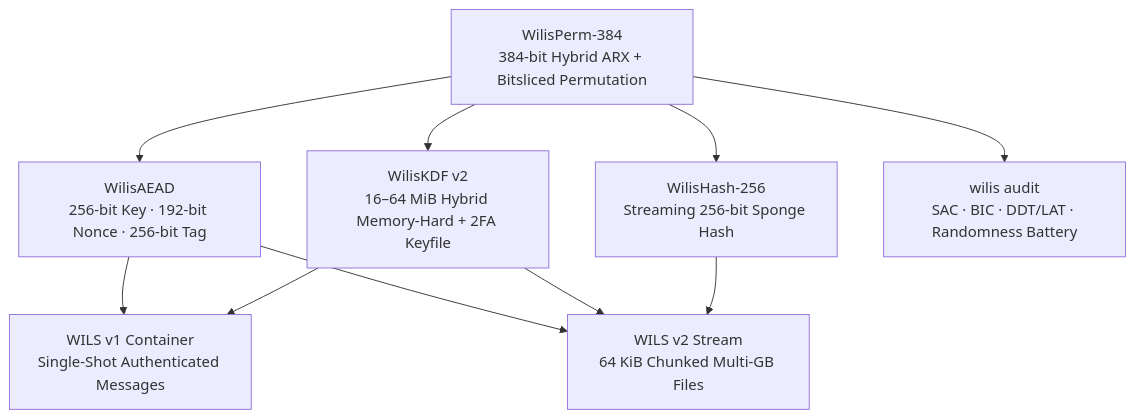
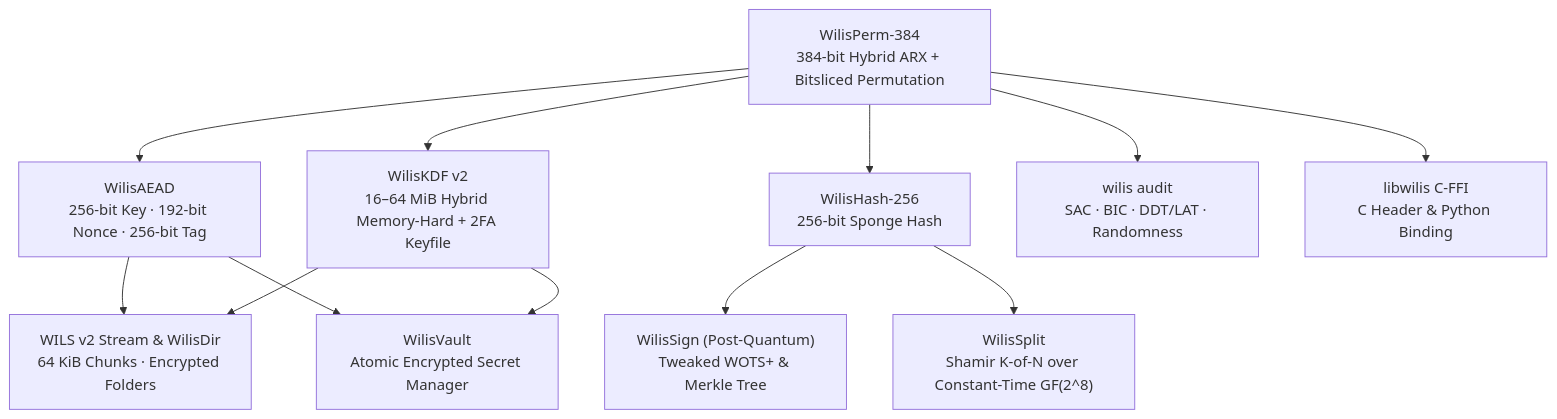
The diagram in README.md (wiersect/wilis), drawn with Mermaid before and after one commit. The commit also changed other lines of this file and 35 other files, not shown here.

Commit message:
Wilis v0.3.0: post-quantum signatures, Shamir secret sharing, encrypted dirs/vault, C/Python FFI & Windows support

````diff
--- a/README.md
+++ b/README.md
@@ -35,13 +42,15 @@
 ```mermaid
 flowchart TD
     P["WilisPerm-384<br/>384-bit Hybrid ARX + Bitsliced Permutation"]
     P --> AEAD["WilisAEAD<br/>256-bit Key · 192-bit Nonce · 256-bit Tag"]
     P --> KDF["WilisKDF v2<br/>16–64 MiB Hybrid Memory-Hard + 2FA Keyfile"]
-    P --> HASH["WilisHash-256<br/>Streaming 256-bit Sponge Hash"]
-    AEAD --> V1["WILS v1 Container<br/>Single-Shot Authenticated Messages"]
-    AEAD --> V2["WILS v2 Stream<br/>64 KiB Chunked Multi-GB Files"]
-    KDF --> V1
-    KDF --> V2
-    HASH --> V2
-    P --> AUDIT["wilis audit<br/>SAC · BIC · DDT/LAT · Randomness Battery"]
+    P --> HASH["WilisHash-256<br/>256-bit Sponge Hash"]
+    HASH --> SIGN["WilisSign (Post-Quantum)<br/>Tweaked WOTS+ & Merkle Tree"]
+    HASH --> SPLIT["WilisSplit<br/>Shamir K-of-N over Constant-Time GF(2^8)"]
+    AEAD --> STREAM["WILS v2 Stream & WilisDir<br/>64 KiB Chunks · Encrypted Folders"]
+    AEAD --> VAULT["WilisVault<br/>Atomic Encrypted Secret Manager"]
+    KDF --> STREAM
+    KDF --> VAULT
+    P --> AUDIT["wilis audit<br/>SAC · BIC · DDT/LAT · Randomness"]
+    P --> FFI["libwilis C-FFI<br/>C Header & Python Binding"]
 ```
````
